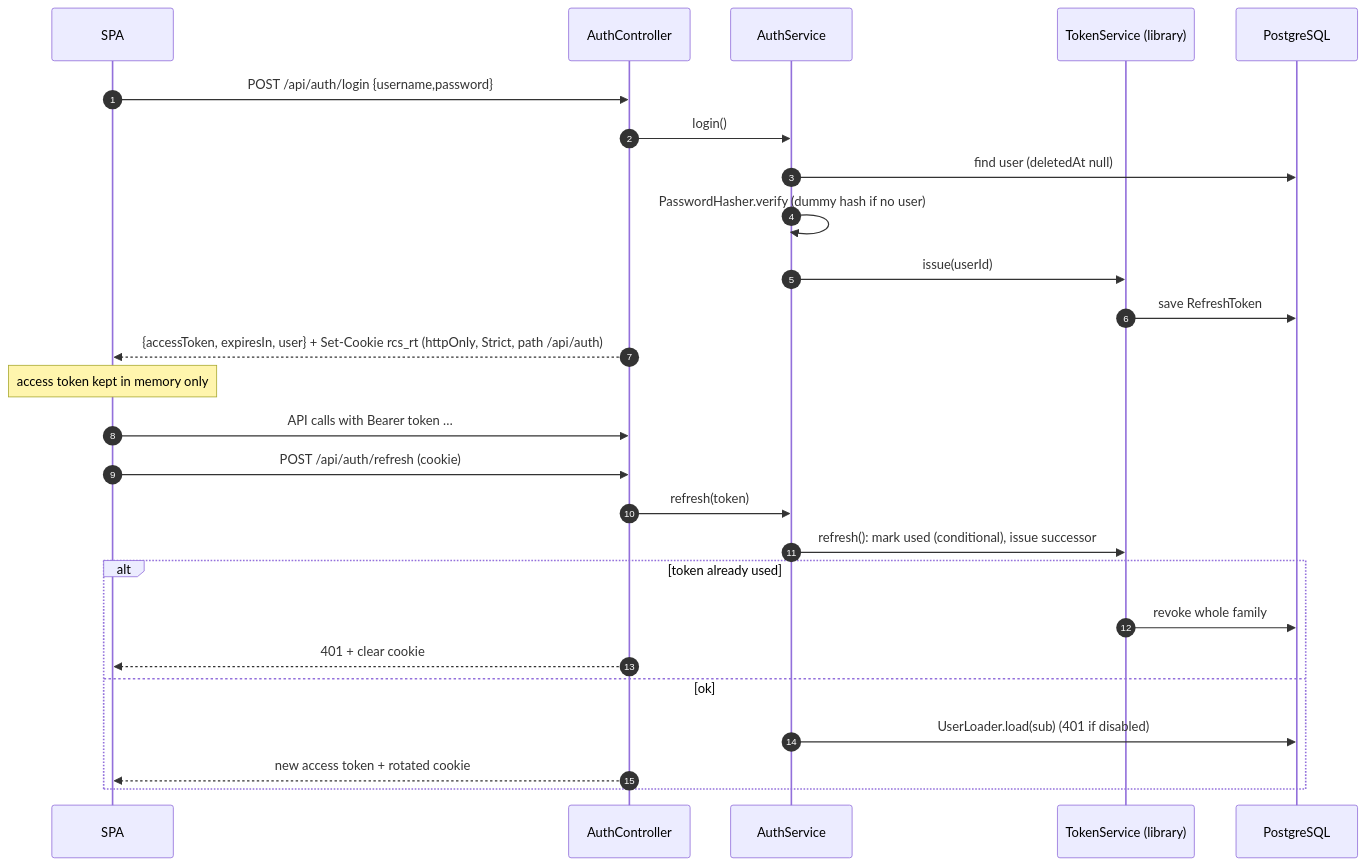
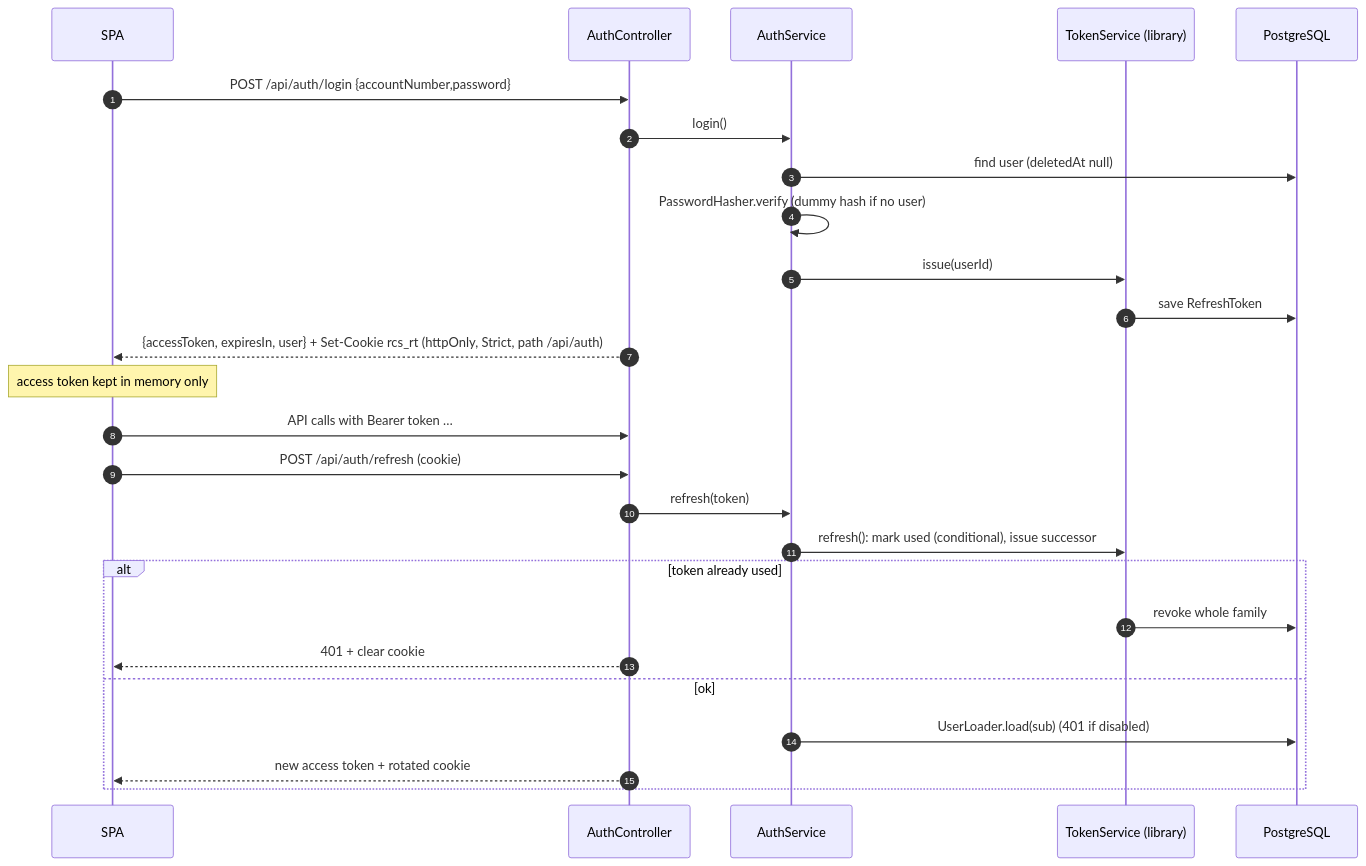
The diagram in docs/security/authentication.md (geofreybazar/runningcardsystem), drawn with Mermaid before and after one commit. The commit also changed other lines of this file and 57 other files, not shown here.

First line of the commit message:
Users: rank, split names, account number as sign-in; validate with Zod

````diff
--- a/docs/security/authentication.md
+++ b/docs/security/authentication.md
@@ -20,28 +20,28 @@
 ```mermaid
 sequenceDiagram
   autonumber
   participant UI as SPA
   participant A as AuthController
   participant S as AuthService
   participant T as TokenService (library)
   participant DB as PostgreSQL
-  UI->>A: POST /api/auth/login {username,password}
+  UI->>A: POST /api/auth/login {accountNumber,password}
   A->>S: login()
   S->>DB: find user (deletedAt null)
   S->>S: PasswordHasher.verify (dummy hash if no user)
   S->>T: issue(userId)
   T->>DB: save RefreshToken
   A-->>UI: {accessToken, expiresIn, user} + Set-Cookie rcs_rt (httpOnly, Strict, path /api/auth)
   Note over UI: access token kept in memory only
   UI->>A: API calls with Bearer token …
   UI->>A: POST /api/auth/refresh (cookie)
   A->>S: refresh(token)
   S->>T: refresh(): mark used (conditional), issue successor
   alt token already used
     T->>DB: revoke whole family
     A-->>UI: 401 + clear cookie
   else ok
     S->>DB: UserLoader.load(sub) (401 if disabled)
     A-->>UI: new access token + rotated cookie
   end
 ```
````
